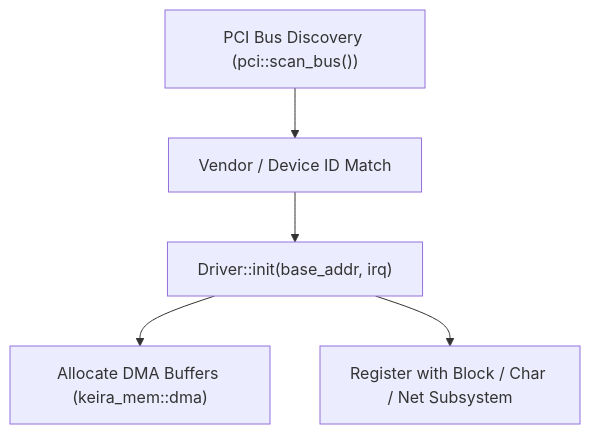
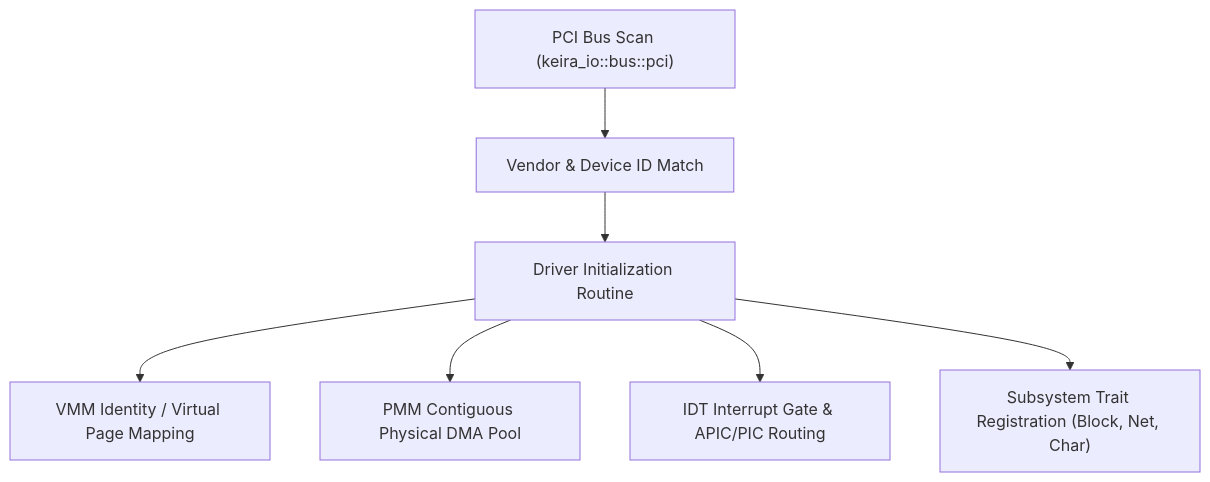
One commit to mrvlous/keira changed the diagram in docs/contributing/tutorials/adding_drivers.md. Above: the diagram before and after it, drawn with Mermaid. The commit also changed other lines of this file and 13 other files, not shown here.

````diff
--- a/docs/contributing/tutorials/adding_drivers.md
+++ b/docs/contributing/tutorials/adding_drivers.md
@@ -11,7 +13,9 @@
 ```mermaid
 graph TD
-    PCIScan["PCI Bus Discovery (pci::scan_bus())"] --> VendorMatch["Vendor / Device ID Match"]
-    VendorMatch --> InitDriver["Driver::init(base_addr, irq)"]
-    InitDriver --> DMASetup["Allocate DMA Buffers (keira_mem::dma)"]
-    InitDriver --> RegLayer["Register with Block / Char / Net Subsystem"]
+    PCI["PCI Bus Scan (keira_io::bus::pci)"] --> Discovery["Vendor & Device ID Match"]
+    Discovery --> Init["Driver Initialization Routine"]
+    Init --> MMIO["VMM Identity / Virtual Page Mapping"]
+    Init --> DMA["PMM Contiguous Physical DMA Pool"]
+    Init --> IRQ["IDT Interrupt Gate & APIC/PIC Routing"]
+    Init --> Subsystem["Subsystem Trait Registration (Block, Net, Char)"]
 ```
````
